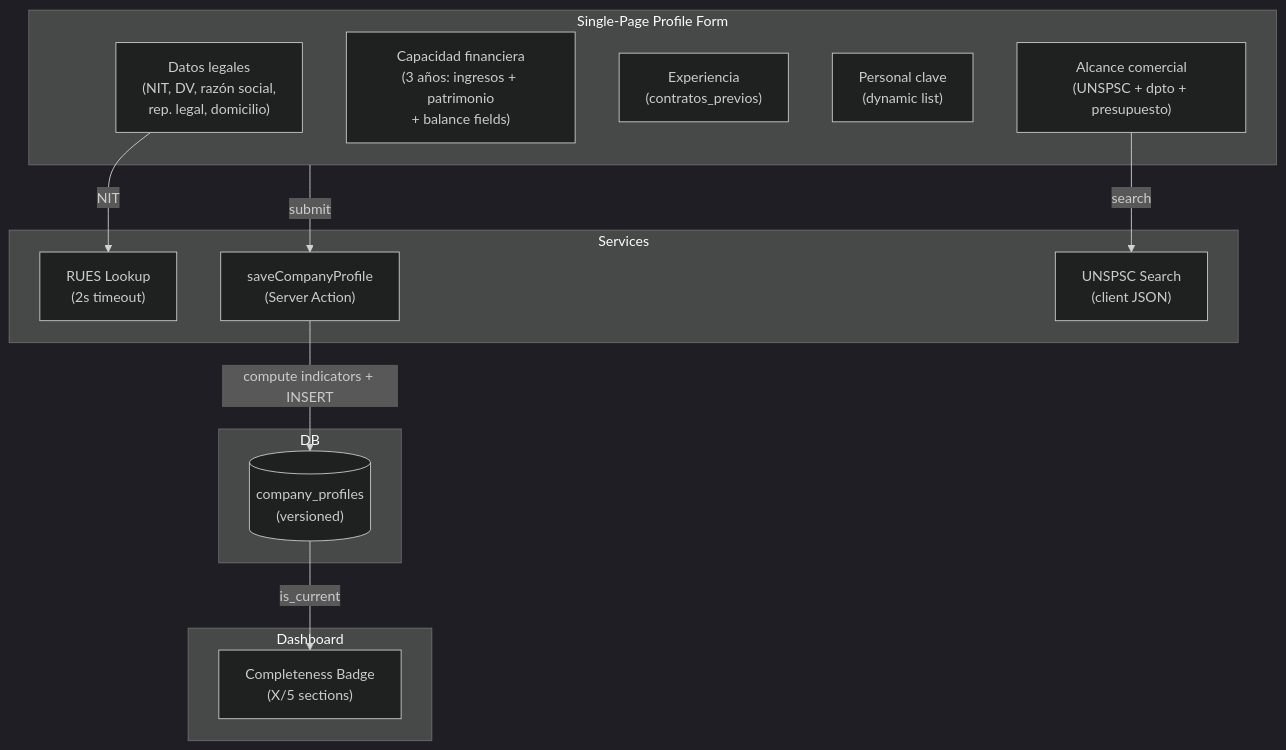
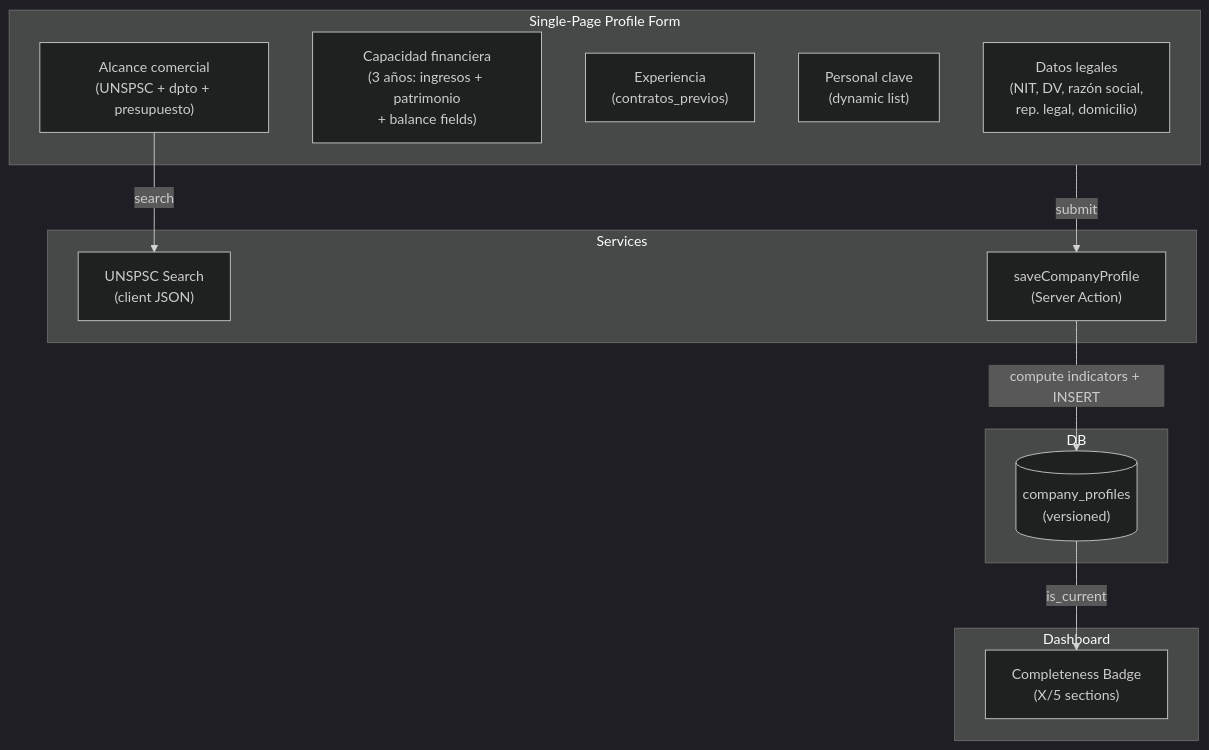
The first of 3 diagrams in docs/company-profiling-onboarding/feat/00-overview.md (agentezai/coltratos), drawn with Mermaid (dark theme) before and after one commit. The commit also changed other lines of this file and 8 other files, not shown here.

````diff
--- a/docs/company-profiling-onboarding/feat/00-overview.md
+++ b/docs/company-profiling-onboarding/feat/00-overview.md
@@ -16,30 +16,28 @@
 ```mermaid
 flowchart TD
     subgraph Form["Single-Page Profile Form"]
         S1["Datos legales\n(NIT, DV, razón social,\nrep. legal, domicilio)"]
         S2["Capacidad financiera\n(3 años: ingresos + patrimonio\n+ balance fields)"]
         S3["Experiencia\n(contratos_previos)"]
         S4["Personal clave\n(dynamic list)"]
         S5["Alcance comercial\n(UNSPSC + dpto + presupuesto)"]
     end
 
     subgraph Services
-        RUES["RUES Lookup\n(2s timeout)"]
         UNSPSC["UNSPSC Search\n(client JSON)"]
         Action["saveCompanyProfile\n(Server Action)"]
     end
 
     subgraph DB
         CP[("company_profiles\n(versioned)")]
     end
 
     subgraph Dashboard
         Badge["Completeness Badge\n(X/5 sections)"]
     end
 
-    S1 -->|NIT| RUES
     S5 -->|search| UNSPSC
     Form -->|submit| Action
     Action -->|compute indicators + INSERT| CP
     CP -->|is_current| Badge
 ```
````
